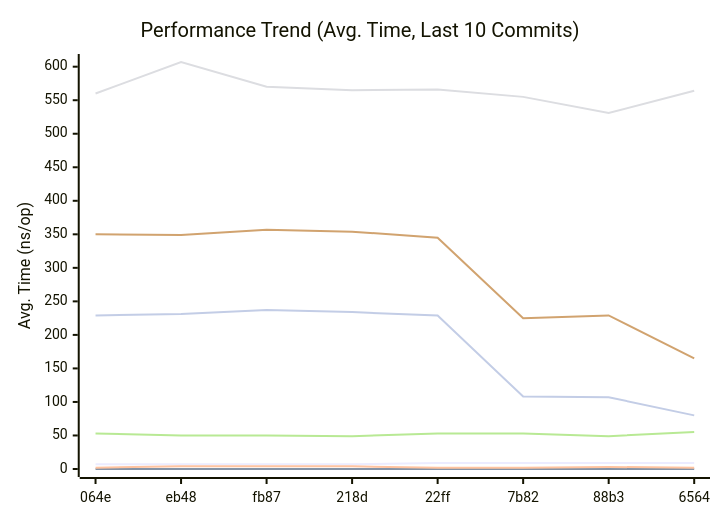
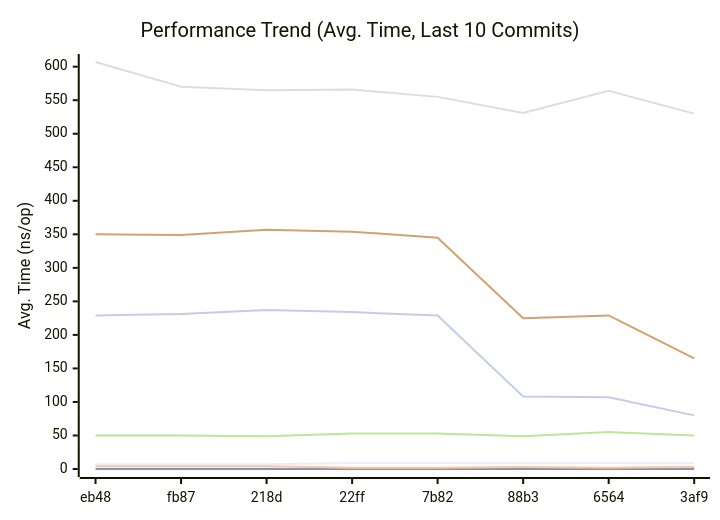
One commit to alsotoes/momo changed the first of 3 diagrams in doc/README.md. Above: the diagram before and after it, drawn with Mermaid. The commit also changed other lines of this file and 1 other file, not shown here.

````diff
--- a/doc/README.md
+++ b/doc/README.md
@@ -296,14 +296,14 @@
 ```mermaid
 xychart-beta
     title "Performance Trend (Avg. Time, Last 10 Commits)"
     x-axis "Commit"
     y-axis "Avg. Time (ns/op)"
-    x-axis [064e,eb48,fb87,218d,22ff,7b82,88b3,6564]
-    line "CheckMetricsAndSwap" [7,7,7,7,9,9,9,9,9,9]
+    x-axis [eb48,fb87,218d,22ff,7b82,88b3,6564,3af9]
+    line "CheckMetricsAndSwap" [7,7,7,9,9,9,9,9,9,9]
     line "IndexDirectTracking" [0,0,0,0,0,0,0,0,0,0]
-    line "IndexSearch" [2,4,4,4,2,2,3,2,3,2]
-    line "LoadGlobalConfig" [560,607,570,565,566,555,531,564,530,552]
-    line "PadString" [53,50,50,49,53,53,49,55,50,52]
+    line "IndexSearch" [4,4,4,2,2,3,2,3,2,2]
+    line "LoadGlobalConfig" [607,570,565,566,555,531,564,530,552,558]
+    line "PadString" [50,50,49,53,53,49,55,50,52,53]
     line "ParseReplicationOrder_NoPrealloc" [350,349,357,354,345,225,229,165,232,234]
     line "ParseReplicationOrder_Prealloc" [229,231,237,234,229,108,107,80,110,109]
 ```
````
